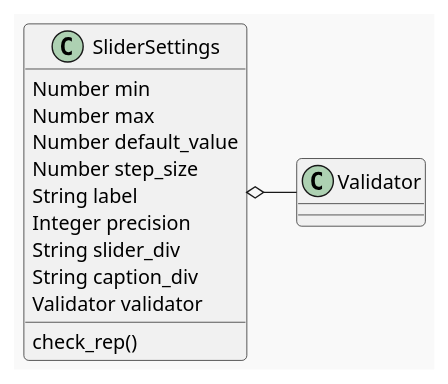
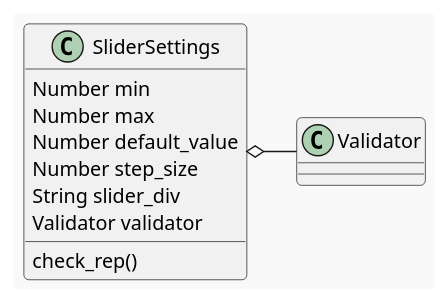
The first of 2 diagrams in posts/slider-settings-and-validator.org (necromuralist/Ape-Iron), drawn with PlantUML before and after one commit. The commit also changed other lines of this file and 11 other files, not shown here.

```diff
--- a/posts/slider-settings-and-validator.org
+++ b/posts/slider-settings-and-validator.org
@@ -25,18 +28,15 @@
 #+begin_src plantuml :file ../files/posts/slider-settings-and-validator/slider_settings.png :exports none
 !theme mars
 class SliderSettings {
 Number min
 Number max
 Number default_value
 Number step_size
-String label
-Integer precision
 String slider_div
-String caption_div
 Validator validator
 
 check_rep()
 }
 
 SliderSettings o- Validator
 #+end_src
```
